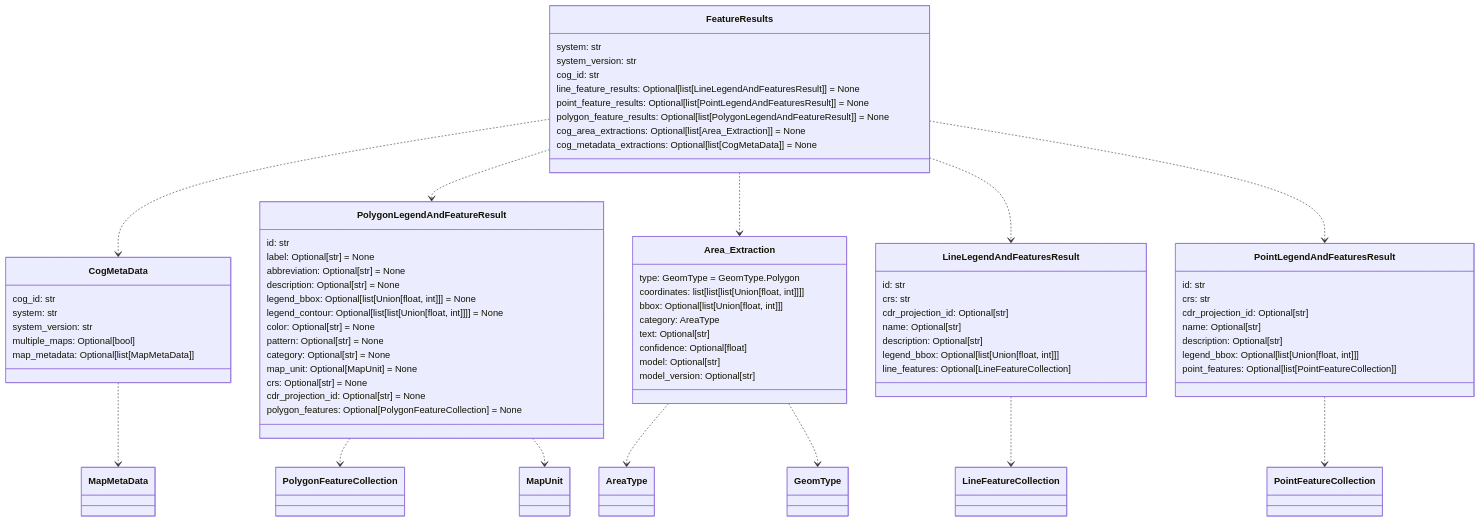
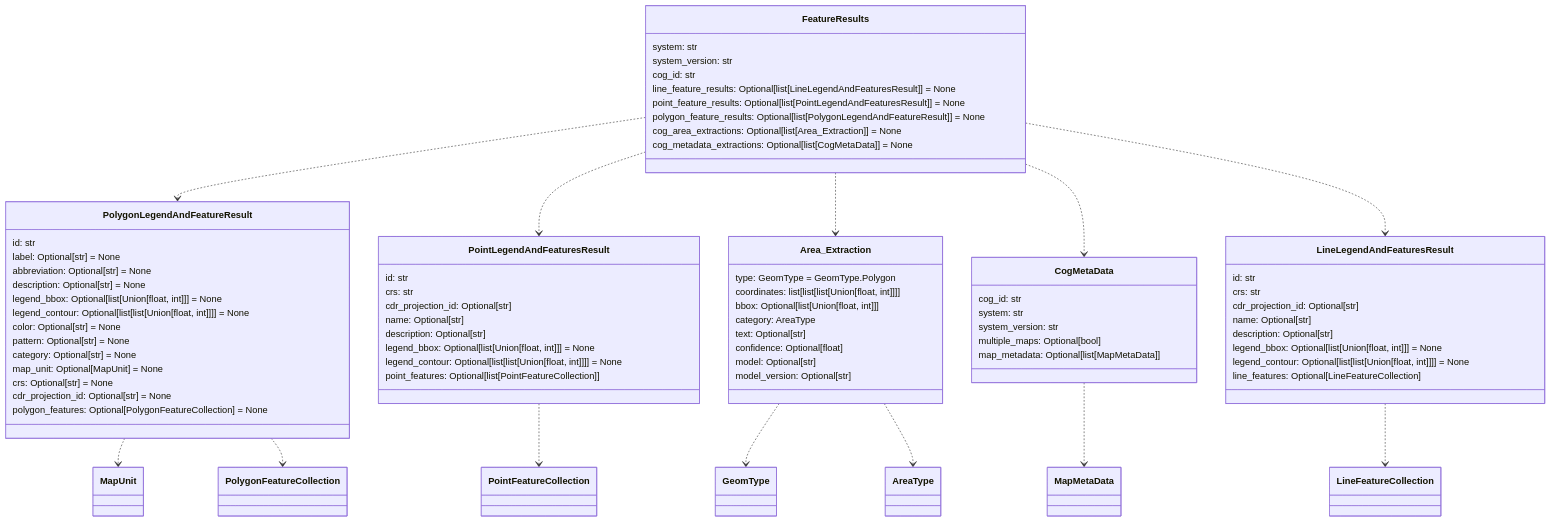
One commit to DARPA-CRITICALMAAS/cdr_schemas changed the fourth of 12 diagrams in README.md. Above: the diagram before and after it, drawn with Mermaid. The commit also changed other lines of this file and 3 other files, not shown here.

Commit message:
Updated descriptions of coordinates for polygon, line and point features

````diff
--- a/README.md
+++ b/README.md
@@ -260,14 +260,6 @@
         polygon_feature_results: Optional[list[PolygonLegendAndFeatureResult]] = None
         cog_area_extractions: Optional[list[Area_Extraction]] = None
         cog_metadata_extractions: Optional[list[CogMetaData]] = None
-    }
-
-    class CogMetaData {
-        cog_id: str
-        system: str
-        system_version: str
-        multiple_maps: Optional[bool]
-        map_metadata: Optional[list[MapMetaData]]
     }
 
     class PolygonLegendAndFeatureResult {
@@ -286,6 +278,17 @@
         polygon_features: Optional[PolygonFeatureCollection] = None
     }
 
+    class PointLegendAndFeaturesResult {
+        id: str
+        crs: str
+        cdr_projection_id: Optional[str]
+        name: Optional[str]
+        description: Optional[str]
+        legend_bbox: Optional[list[Union[float, int]]] = None
+        legend_contour: Optional[list[list[Union[float, int]]]] = None
+        point_features: Optional[list[PointFeatureCollection]]
+    }
+
     class Area_Extraction {
         type: GeomType = GeomType.Polygon
         coordinates: list[list[list[Union[float, int]]]]
@@ -297,38 +300,37 @@
         model_version: Optional[str]
     }
 
+    class CogMetaData {
+        cog_id: str
+        system: str
+        system_version: str
+        multiple_maps: Optional[bool]
+        map_metadata: Optional[list[MapMetaData]]
+    }
+
     class LineLegendAndFeaturesResult {
         id: str
         crs: str
         cdr_projection_id: Optional[str]
         name: Optional[str]
         description: Optional[str]
-        legend_bbox: Optional[list[Union[float, int]]]
+        legend_bbox: Optional[list[Union[float, int]]] = None
+        legend_contour: Optional[list[list[Union[float, int]]]] = None
         line_features: Optional[LineFeatureCollection]
     }
 
-    class PointLegendAndFeaturesResult {
-        id: str
-        crs: str
-        cdr_projection_id: Optional[str]
-        name: Optional[str]
-        description: Optional[str]
-        legend_bbox: Optional[list[Union[float, int]]]
-        point_features: Optional[list[PointFeatureCollection]]
-    }
-
+    Area_Extraction ..> GeomType
     Area_Extraction ..> AreaType
-    Area_Extraction ..> GeomType
     LineLegendAndFeaturesResult ..> LineFeatureCollection
     PointLegendAndFeaturesResult ..> PointFeatureCollection
+    PolygonLegendAndFeatureResult ..> MapUnit
     PolygonLegendAndFeatureResult ..> PolygonFeatureCollection
-    PolygonLegendAndFeatureResult ..> MapUnit
     CogMetaData ..> MapMetaData
+    FeatureResults ..> PolygonLegendAndFeatureResult
+    FeatureResults ..> PointLegendAndFeaturesResult
+    FeatureResults ..> Area_Extraction
     FeatureResults ..> CogMetaData
-    FeatureResults ..> PolygonLegendAndFeatureResult
-    FeatureResults ..> Area_Extraction
     FeatureResults ..> LineLegendAndFeaturesResult
-    FeatureResults ..> PointLegendAndFeaturesResult
 
 
 ```
````
